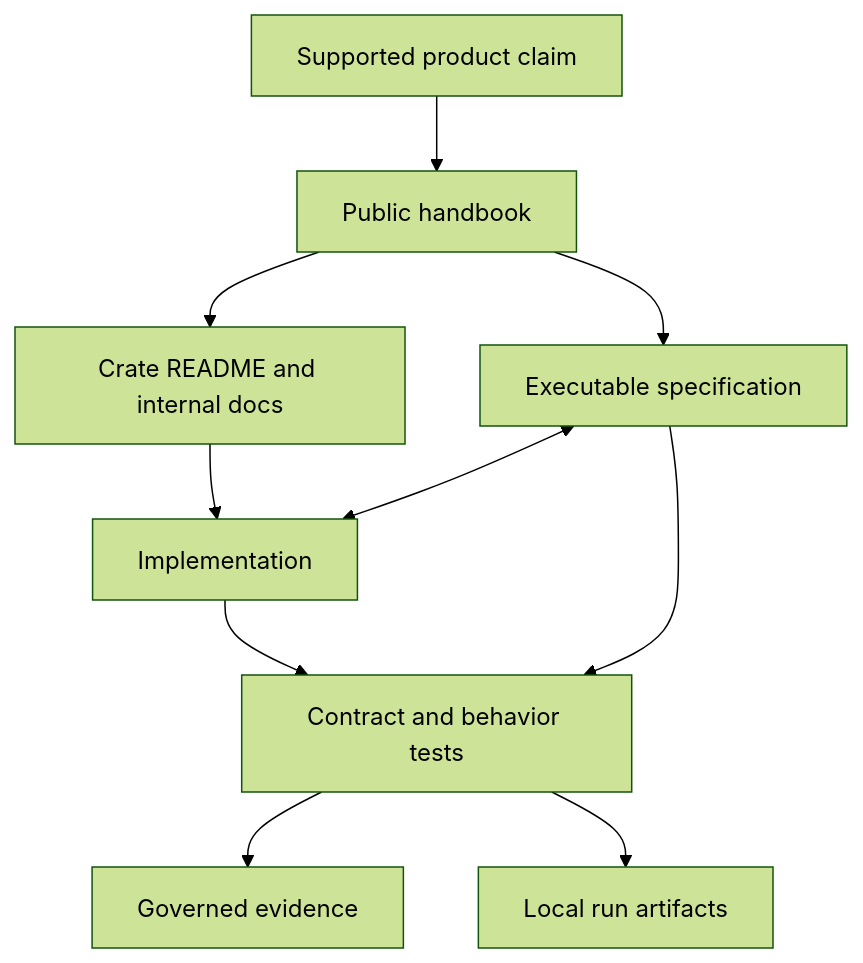
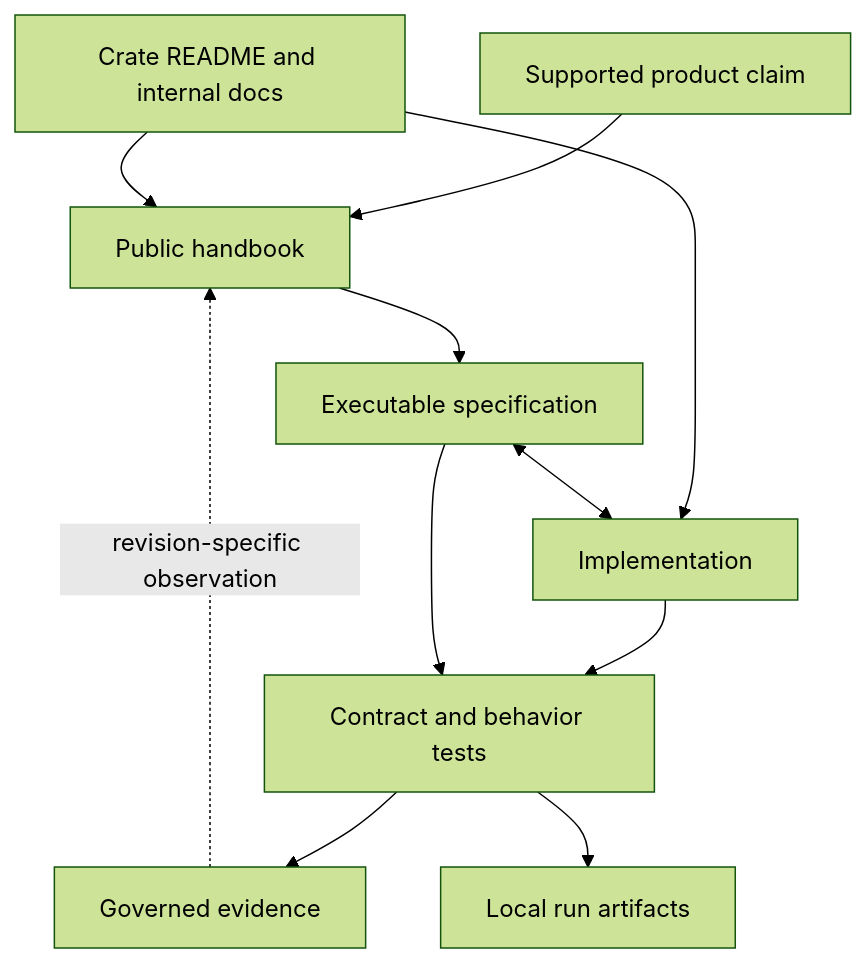
Before and after one commit to bijux/bijux-cli: the diagram in docs/bijux-core/foundation/documentation-system.md, drawn with Mermaid (forest theme). The commit also changed other lines of this file and 3 other files, not shown here.

````diff
--- a/docs/bijux-core/foundation/documentation-system.md
+++ b/docs/bijux-core/foundation/documentation-system.md
@@ -80,21 +38,22 @@
 ```mermaid
 flowchart TB
     product["Supported product claim"]
     handbook["Public handbook"]
     crate["Crate README and internal docs"]
     spec["Executable specification"]
     code["Implementation"]
     tests["Contract and behavior tests"]
     report["Governed evidence"]
     artifact["Local run artifacts"]
 
     product --> handbook
-    handbook --> crate
     handbook --> spec
     crate --> code
     spec <--> code
     code --> tests
     spec --> tests
     tests --> report
     tests --> artifact
+    crate --> handbook
+    report -. "revision-specific observation" .-> handbook
 ```
````
